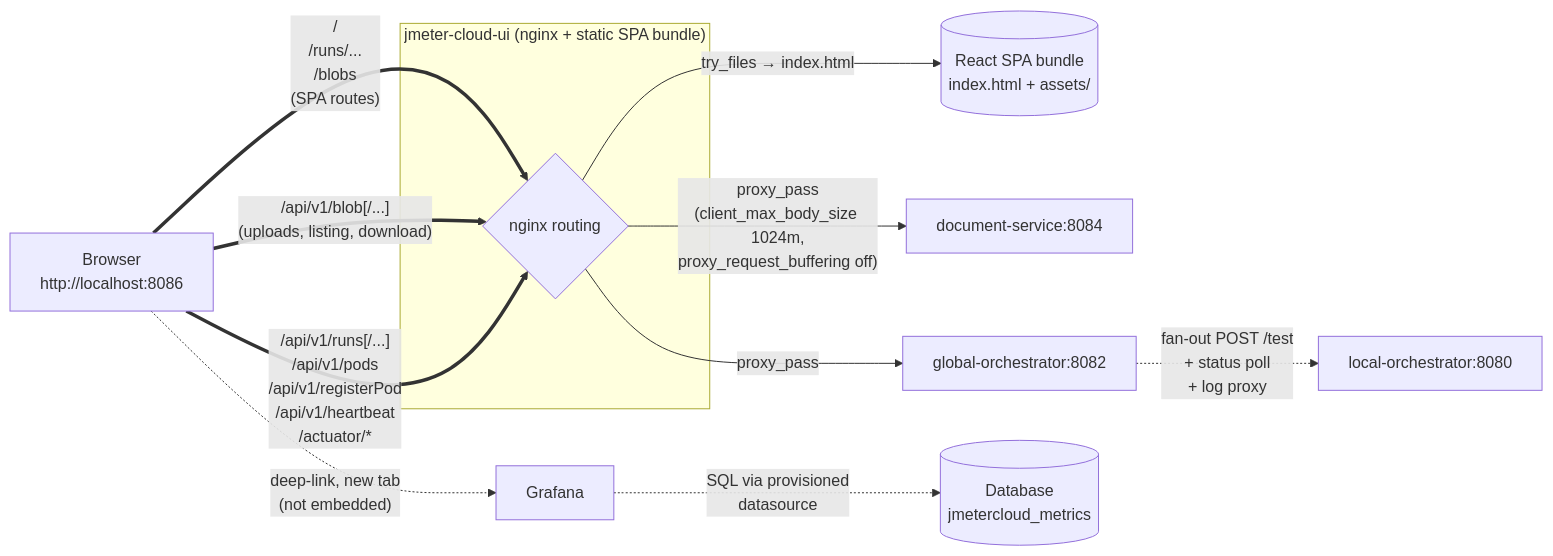
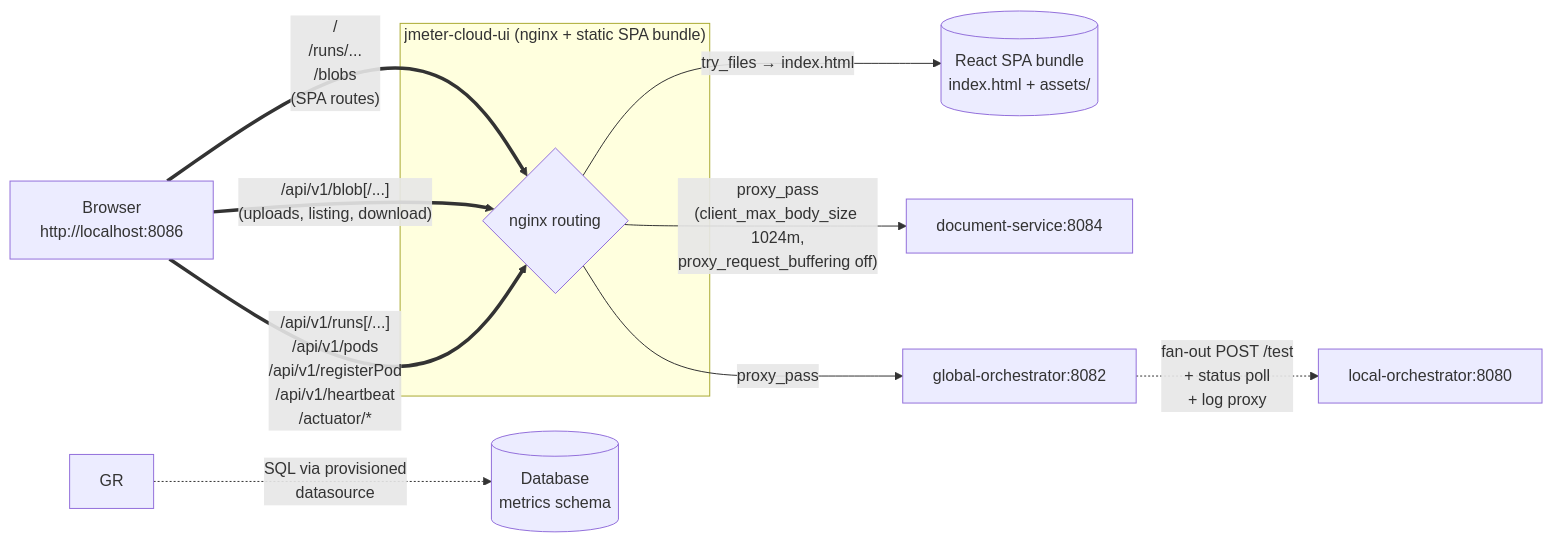
The sixth of 6 diagrams in docs/flowDiagrams.md (sharmakunal23/jmeter-cloud), drawn with Mermaid before and after one commit. The commit also changed other lines of this file and 165 other files, not shown here.

````diff
--- a/docs/flowDiagrams.md
+++ b/docs/flowDiagrams.md
@@ -312,22 +312,21 @@
 ```mermaid
 flowchart LR
     B["Browser<br/>http://localhost:8086"]
 
     subgraph "jmeter-cloud-ui  (nginx + static SPA bundle)"
         NX{nginx routing}
     end
 
     B == "/<br/>/runs/...<br/>/blobs<br/>(SPA routes)" ==> NX
     NX -- "try_files → index.html" --> SPA[("React SPA bundle<br/>index.html + assets/")]
 
     B == "/api/v1/blob[/...]<br/>(uploads, listing, download)" ==> NX
     NX -- "proxy_pass<br/>(client_max_body_size 1024m,<br/>proxy_request_buffering off)" --> DS[document-service:8084]
 
     B == "/api/v1/runs[/...]<br/>/api/v1/pods<br/>/api/v1/registerPod<br/>/api/v1/heartbeat<br/>/actuator/*" ==> NX
     NX -- "proxy_pass" --> GO[global-orchestrator:8082]
 
     GO -. "fan-out POST /test<br/>+ status poll<br/>+ log proxy" .-> LO[local-orchestrator:8080]
 
-    B -. "deep-link, new tab<br/>(not embedded)" .-> GR[Grafana]
-    GR -. "SQL via provisioned<br/>datasource" .-> PG[(Database<br/>jmetercloud_metrics)]
+    GR -. "SQL via provisioned<br/>datasource" .-> PG[(Database<br/>metrics schema)]
 ```
````
